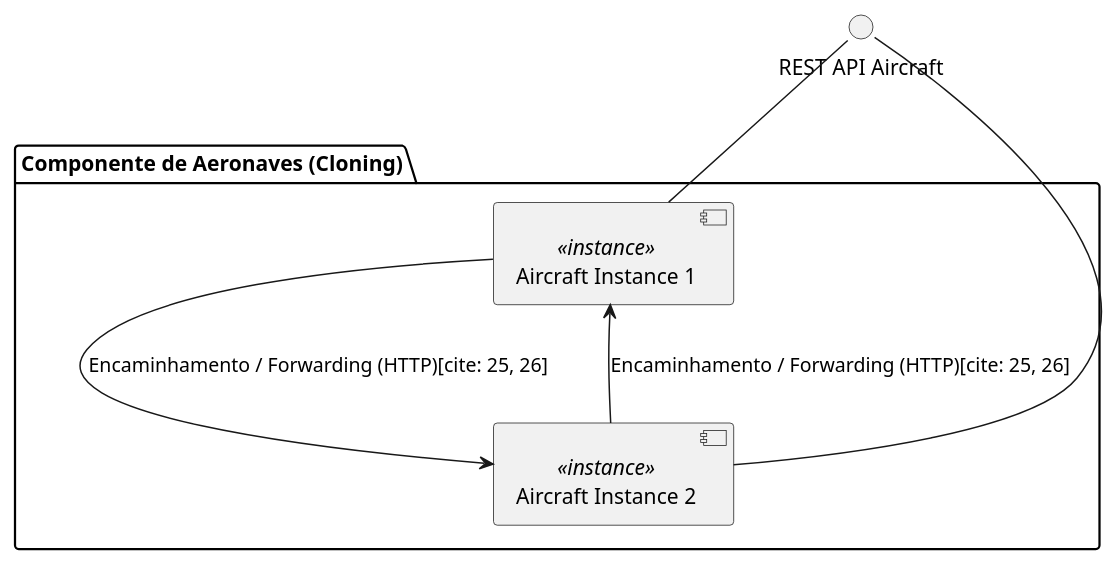
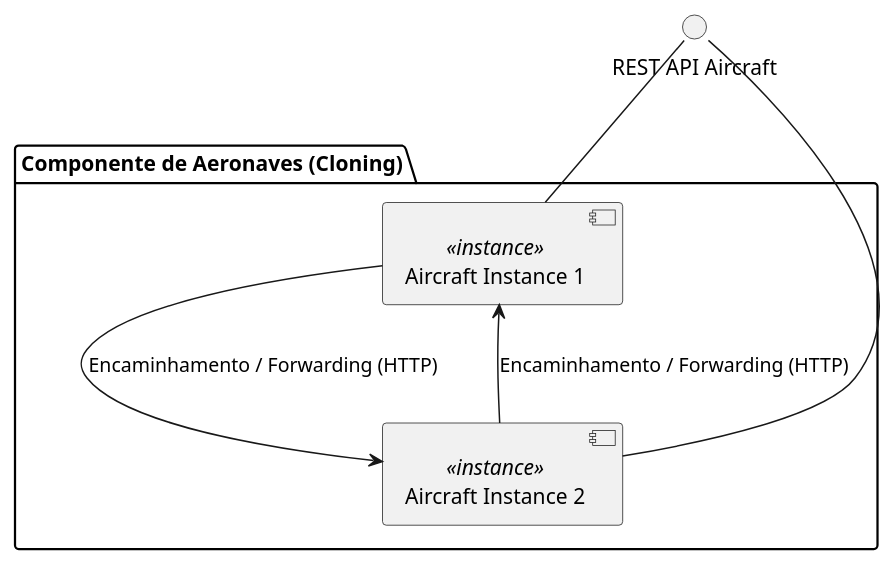
The diagram in diagramas/components.puml (goncalomaia18/SIDIS_3DA_G09), drawn with PlantUML before and after one commit. The commit also changed 4 other files, not shown here.

Commit message:
uml documentacao

```diff
--- a/diagramas/components.puml
+++ b/diagramas/components.puml
@@ -1,16 +1,16 @@
 @startuml
 skinparam componentStyle uml2
 
 package "Componente de Aeronaves (Cloning)" {
     [Aircraft Instance 1] as Inst1 <<instance>>
     [Aircraft Instance 2] as Inst2 <<instance>>
 }
 
 interface "REST API Aircraft" as ApiAircraft
 
 ApiAircraft -- Inst1
 ApiAircraft -- Inst2
 
-Inst1 --> Inst2 : Encaminhamento / Forwarding (HTTP)[cite: 25, 26]
-Inst2 --> Inst1 : Encaminhamento / Forwarding (HTTP)[cite: 25, 26]
+Inst1 --> Inst2 : Encaminhamento / Forwarding (HTTP)
+Inst2 --> Inst1 : Encaminhamento / Forwarding (HTTP)
 @enduml
```
